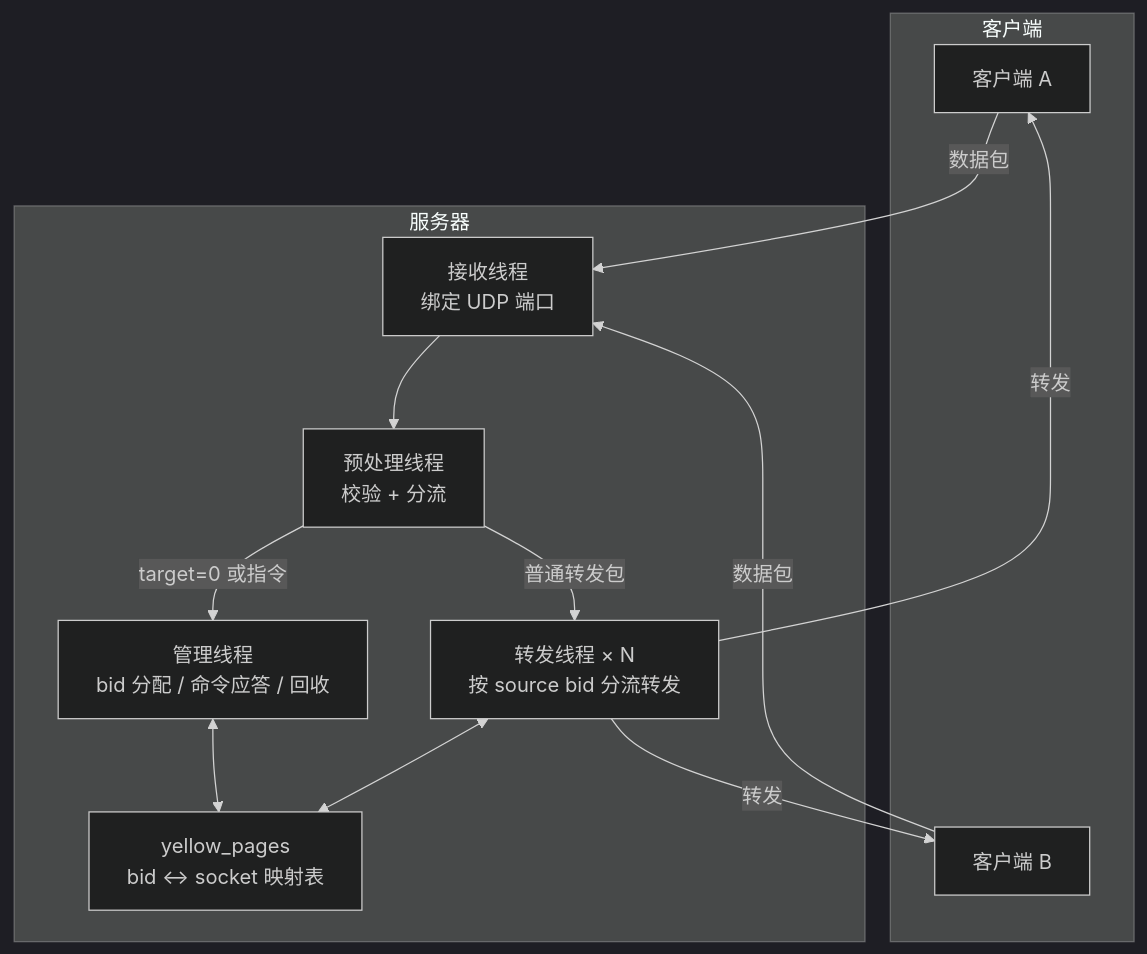
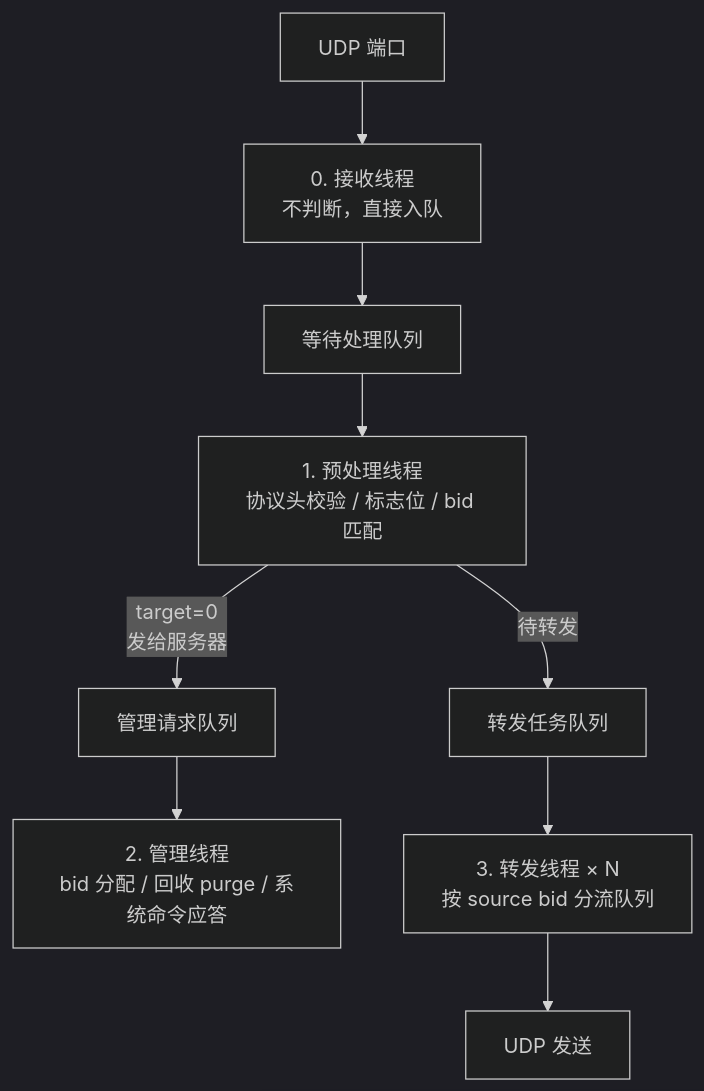
One commit to moky/magpie changed the second of 7 diagrams in docs/design-architecture.md. Above: the diagram before and after it, drawn with Mermaid (dark theme). The commit also changed other lines of this file and 7 other files, not shown here.

````diff
--- a/docs/design-architecture.md
+++ b/docs/design-architecture.md
@@ -7,23 +38,11 @@
 ```mermaid
 flowchart TD
-    subgraph 客户端
-        C1["客户端 A"]
-        C2["客户端 B"]
-    end
-    subgraph 服务器
-        R["接收线程<br/>绑定 UDP 端口"]
-        P["预处理线程<br/>校验 + 分流"]
-        M["管理线程<br/>bid 分配 / 命令应答 / 回收"]
-        F["转发线程 × N<br/>按 source bid 分流转发"]
-        YP["yellow_pages<br/>bid ↔ socket 映射表"]
-    end
-    C1 -->|"数据包"| R
-    C2 -->|"数据包"| R
-    R --> P
-    P -->|"target=0 或指令"| M
-    P -->|"普通转发包"| F
-    M <--> YP
-    F <--> YP
-    F -->|"转发"| C1
-    F -->|"转发"| C2
+    UDP[UDP 端口] --> RX[0. 接收线程<br/>不判断，直接入队]
+    RX --> WL[等待处理队列]
+    WL --> PRE[1. 预处理线程<br/>协议头校验 / 标志位 / bid 匹配]
+    PRE -- "target=0<br/>发给服务器" --> MQ[管理请求队列]
+    PRE -- "待转发" --> FQ[转发任务队列]
+    MQ --> MGMT[2. 管理线程<br/>bid 分配 / 回收 purge / 系统命令应答]
+    FQ --> FWD[3. 转发线程 × N<br/>按 source bid 分流队列]
+    FWD --> OUT[UDP 发送]
 ```
````
